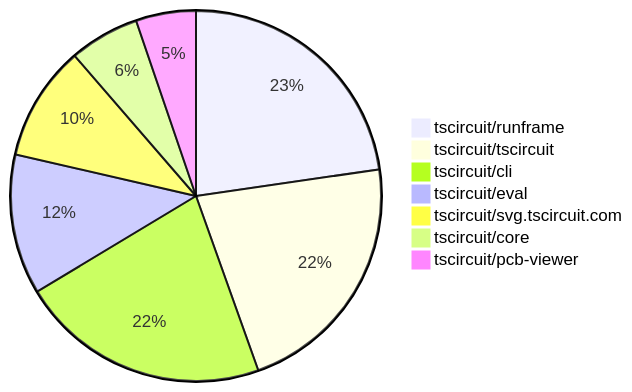
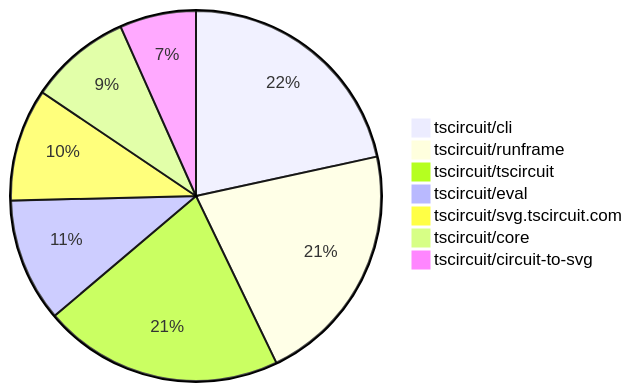
One commit to tscircuit/contribution-tracker changed the second of 2 diagrams in README.md. Above: the diagram before and after it, drawn with Mermaid. The commit also changed other lines of this file and 3 other files, not shown here.

````diff
--- a/README.md
+++ b/README.md
@@ -107,10 +114,10 @@
 ```mermaid
 pie
-    "tscircuit/runframe" : 52
-    "tscircuit/tscircuit" : 50
-    "tscircuit/cli" : 50
-    "tscircuit/eval" : 28
-    "tscircuit/svg.tscircuit.com" : 23
-    "tscircuit/core" : 14
-    "tscircuit/pcb-viewer" : 12
+    "tscircuit/cli" : 68
+    "tscircuit/runframe" : 67
+    "tscircuit/tscircuit" : 66
+    "tscircuit/eval" : 34
+    "tscircuit/svg.tscircuit.com" : 31
+    "tscircuit/core" : 28
+    "tscircuit/circuit-to-svg" : 21
 ```
````
